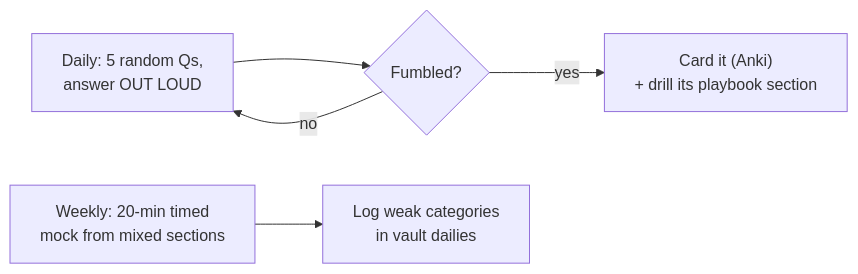
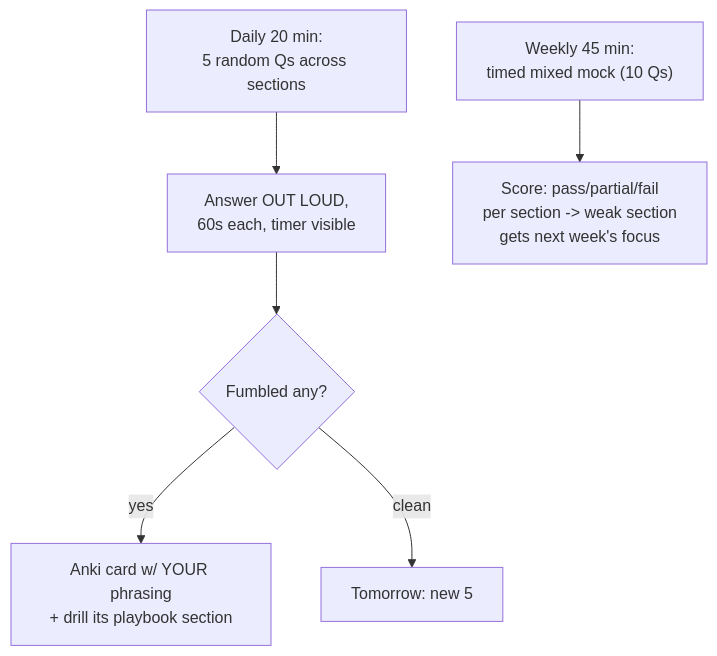
Before and after one commit to Anirudh-2810/Second-Brain: the diagram in wiki/modules/careers/example-question-bank.md, drawn with Mermaid. The commit also changed other lines of this file and 10 other files, not shown here.

Commit message:
feat: deep-edition batches 2-3 - 10 more pages (MLE roadmap, ML interview, math, python path, kaggle, self-teach, question bank, MOOCs, frameworks, topics)

````diff
--- a/wiki/modules/careers/example-question-bank.md
+++ b/wiki/modules/careers/example-question-bank.md
@@ -87,7 +26,8 @@
 ```mermaid
-flowchart LR
-    D["Daily: 5 random Qs,<br/>answer OUT LOUD"] --> M{"Fumbled?"}
-    M -- yes --> A["Card it (Anki)<br/>+ drill its playbook section"]
-    M -- no --> D
-    W["Weekly: 20-min timed<br/>mock from mixed sections"] --> R["Log weak categories<br/>in vault dailies"]
+flowchart TD
+    D["Daily 20 min:<br/>5 random Qs across sections"] --> O["Answer OUT LOUD,<br/>60s each, timer visible"]
+    O --> J{"Fumbled any?"}
+    J -->|"yes"| A["Anki card w/ YOUR phrasing<br/>+ drill its playbook section"]
+    J -->|"clean"| N["Tomorrow: new 5"]
+    W["Weekly 45 min:<br/>timed mixed mock (10 Qs)"] --> R["Score: pass/partial/fail<br/>per section -> weak section<br/>gets next week's focus"]
 ```
````
